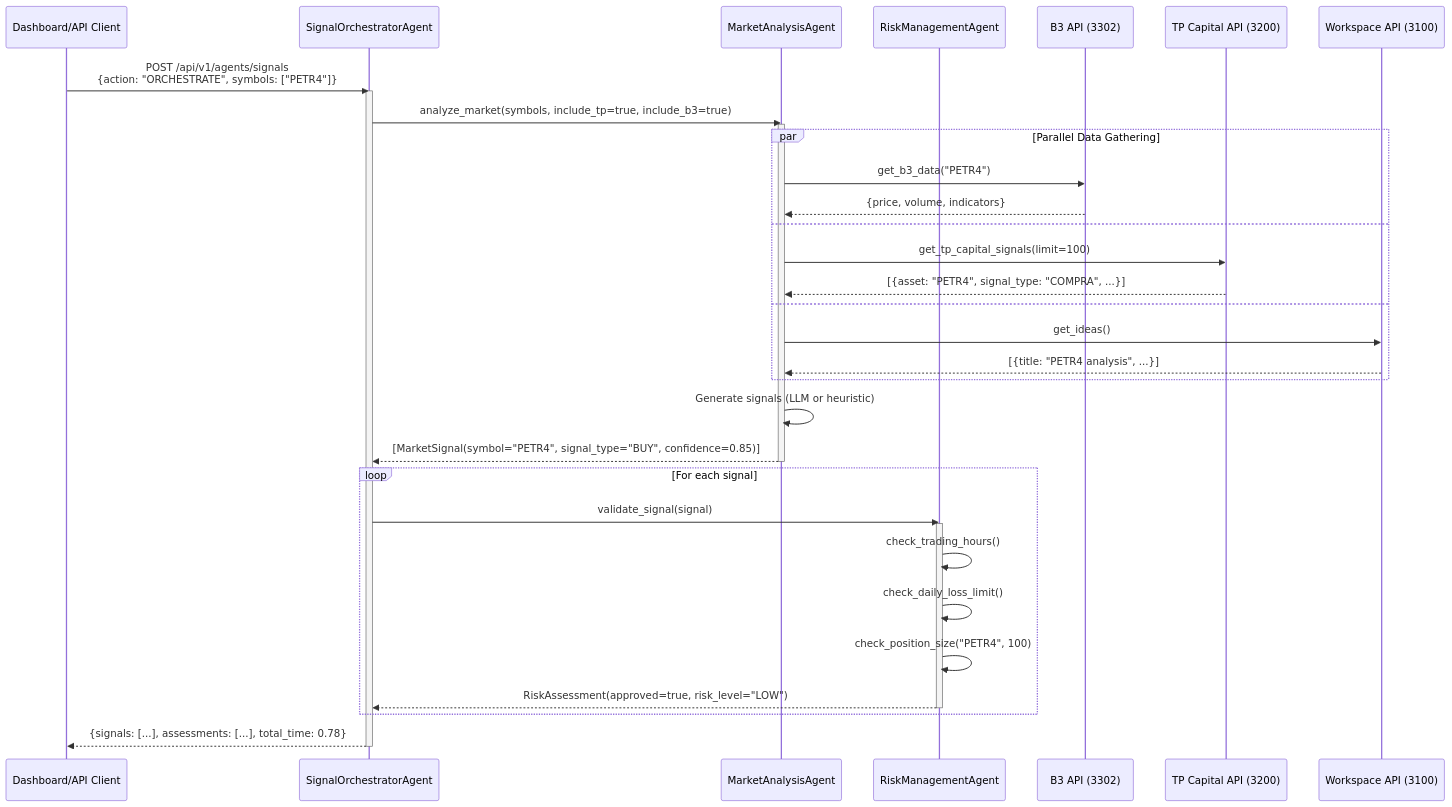
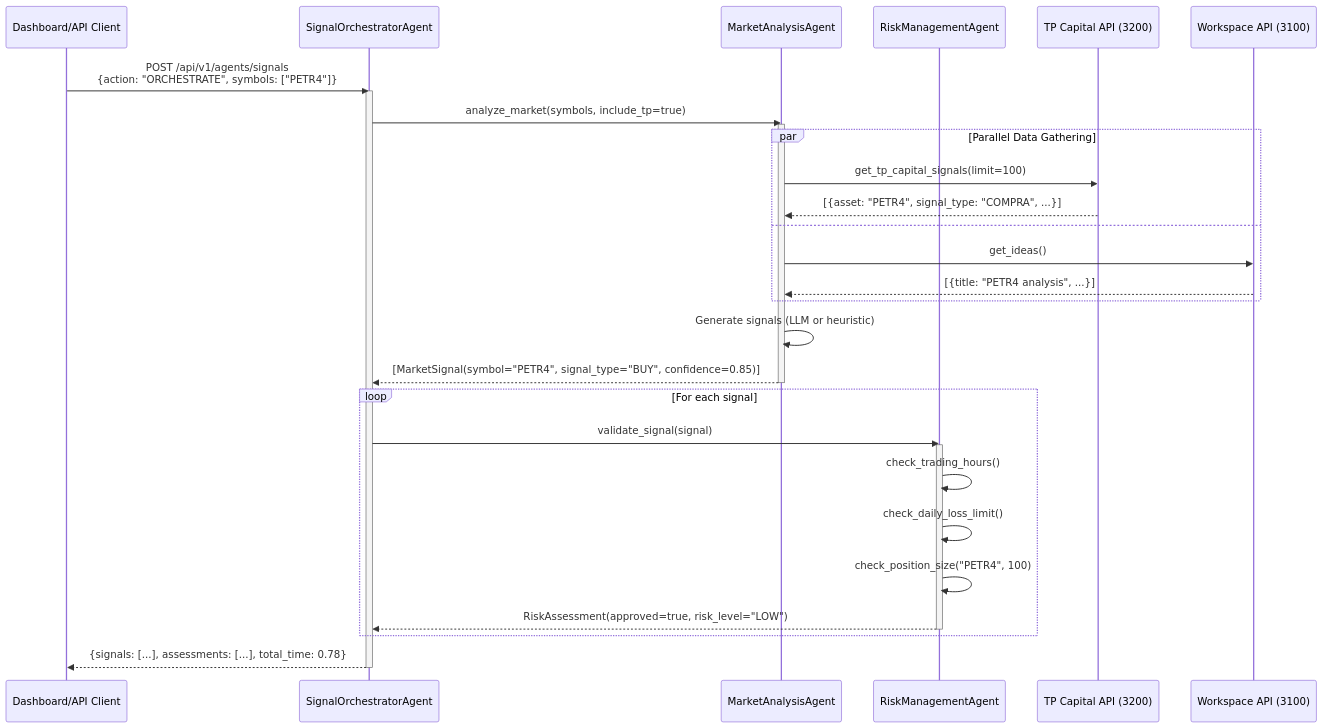
The first of 6 diagrams in docs/content/agents/agno-agents/flows.mdx (marceloterra1983/TradingSystem), drawn with Mermaid before and after one commit. The commit also changed other lines of this file and 870 other files, not shown here.

````diff
--- a/docs/content/agents/agno-agents/flows.mdx
+++ b/docs/content/agents/agno-agents/flows.mdx
@@ -19,46 +19,42 @@
 ```mermaid
 sequenceDiagram
     participant Client as Dashboard/API Client
     participant Orch as SignalOrchestratorAgent
     participant Market as MarketAnalysisAgent
     participant Risk as RiskManagementAgent
-    participant B3 as B3 API (3302)
     participant TP as TP Capital API (3200)
     participant WS as Workspace API (3100)
     
     Client->>Orch: POST /api/v1/agents/signals<br/>{action: "ORCHESTRATE", symbols: ["PETR4"]}
     activate Orch
     
-    Orch->>Market: analyze_market(symbols, include_tp=true, include_b3=true)
+    Orch->>Market: analyze_market(symbols, include_tp=true)
     activate Market
     
     par Parallel Data Gathering
-        Market->>B3: get_b3_data("PETR4")
-        B3-->>Market: {price, volume, indicators}
-    and
         Market->>TP: get_tp_capital_signals(limit=100)
         TP-->>Market: [{asset: "PETR4", signal_type: "COMPRA", ...}]
     and
         Market->>WS: get_ideas()
         WS-->>Market: [{title: "PETR4 analysis", ...}]
     end
     
     Market->>Market: Generate signals (LLM or heuristic)
     Market-->>Orch: [MarketSignal(symbol="PETR4", signal_type="BUY", confidence=0.85)]
     deactivate Market
     
     loop For each signal
         Orch->>Risk: validate_signal(signal)
         activate Risk
         
         Risk->>Risk: check_trading_hours()
         Risk->>Risk: check_daily_loss_limit()
         Risk->>Risk: check_position_size("PETR4", 100)
         
         Risk-->>Orch: RiskAssessment(approved=true, risk_level="LOW")
         deactivate Risk
     end
     
     Orch-->>Client: {signals: [...], assessments: [...], total_time: 0.78}
     deactivate Orch
 ```
````
